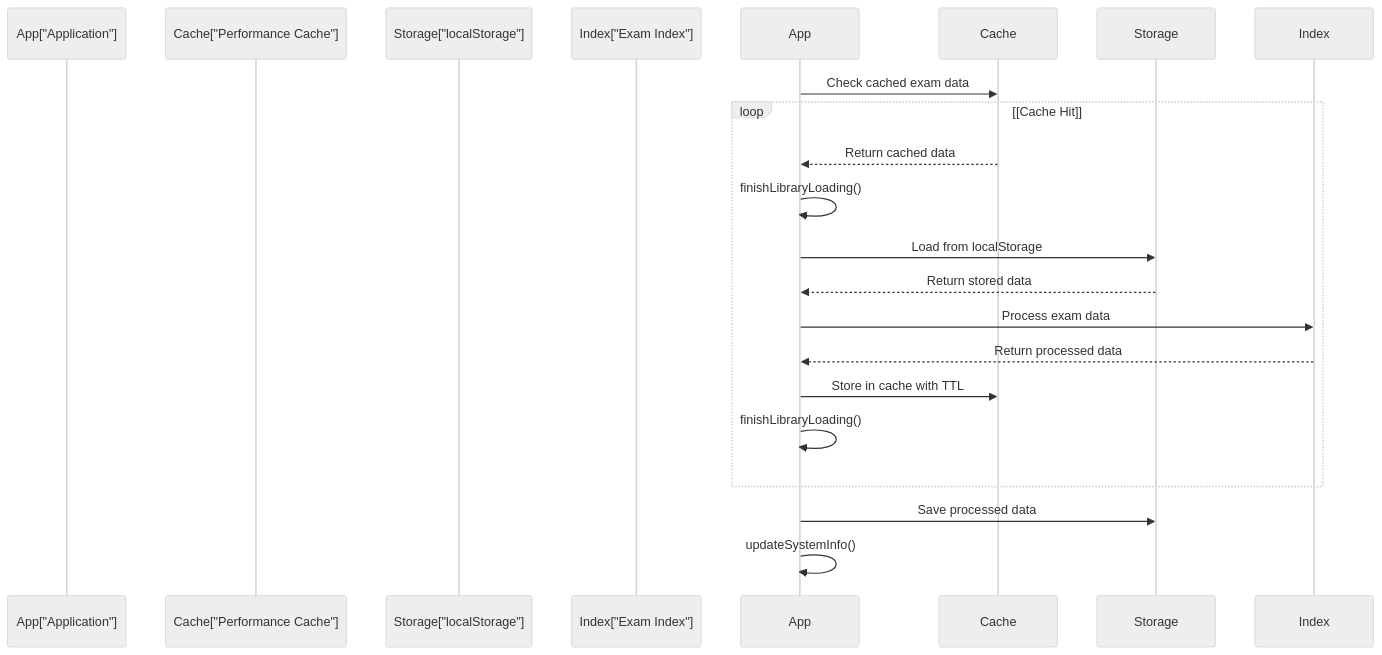
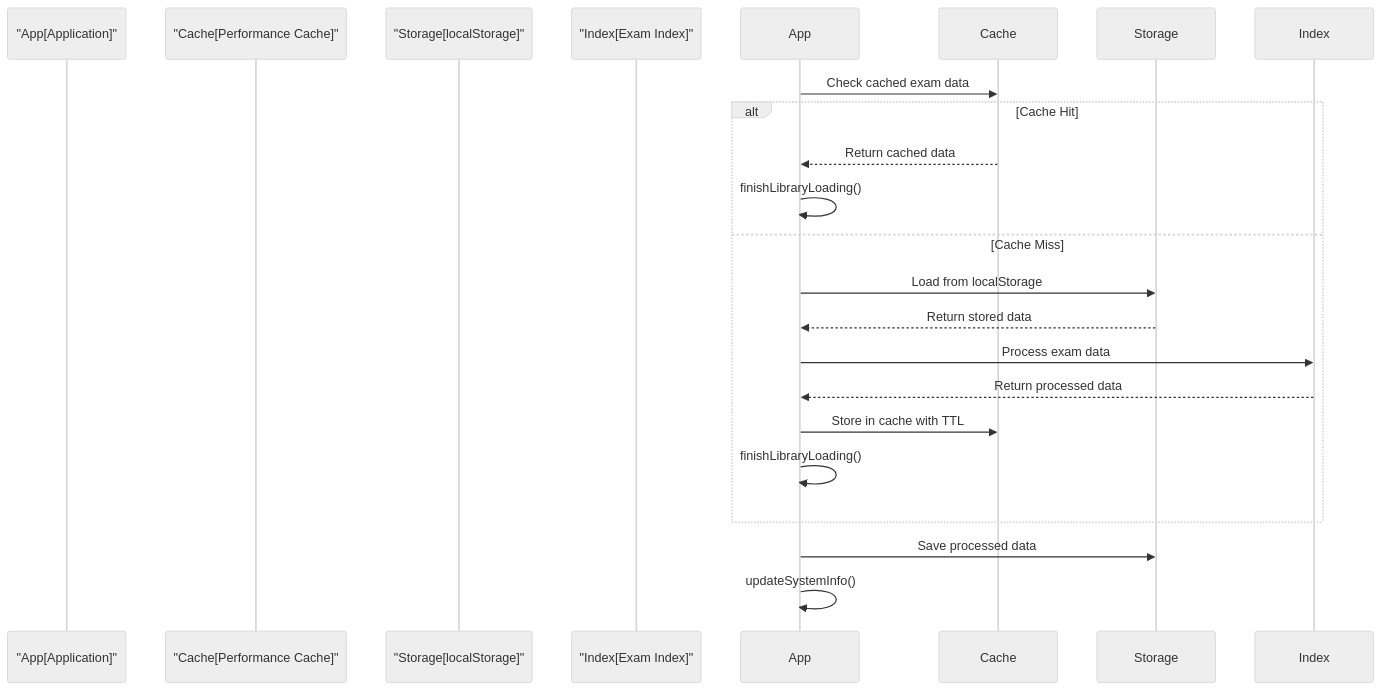
Diagram 20 of 22 in developer/doc/Wiki/Data-Management-System.md (sallowayma-git/IELTS-practice), drawn with Mermaid (neutral theme) before and after one commit. The commit also changed other lines of this file and 84 other files, not shown here.

````diff
--- a/developer/doc/Wiki/Data-Management-System.md
+++ b/developer/doc/Wiki/Data-Management-System.md
@@ -1137,25 +1167,26 @@
 ```mermaid
 sequenceDiagram
-  participant App["Application"]
-  participant Cache["Performance Cache"]
-  participant Storage["localStorage"]
-  participant Index["Exam Index"]
-  participant App
-  participant Cache
-  participant Storage
-  participant Index
+  participant p1 as "App[Application]"
+  participant p2 as "Cache[Performance Cache]"
+  participant p3 as "Storage[localStorage]"
+  participant p4 as "Index[Exam Index]"
+  participant p5 as App
+  participant p6 as Cache
+  participant p7 as Storage
+  participant p8 as Index
 
-  App->>Cache: Check cached exam data
-  loop [Cache Hit]
-    Cache-->>App: Return cached data
-    App->>App: finishLibraryLoading()
-    App->>Storage: Load from localStorage
-    Storage-->>App: Return stored data
-    App->>Index: Process exam data
-    Index-->>App: Return processed data
-    App->>Cache: Store in cache with TTL
-    App->>App: finishLibraryLoading()
+  p5->>p6: Check cached exam data
+  alt Cache Hit
+    p6-->>p5: Return cached data
+    p5->>p5: finishLibraryLoading()
+  else Cache Miss
+    p5->>p7: Load from localStorage
+    p7-->>p5: Return stored data
+    p5->>p8: Process exam data
+    p8-->>p5: Return processed data
+    p5->>p6: Store in cache with TTL
+    p5->>p5: finishLibraryLoading()
   end
-  App->>Storage: Save processed data
-  App->>App: updateSystemInfo()
+  p5->>p7: Save processed data
+  p5->>p5: updateSystemInfo()
 ```
````
